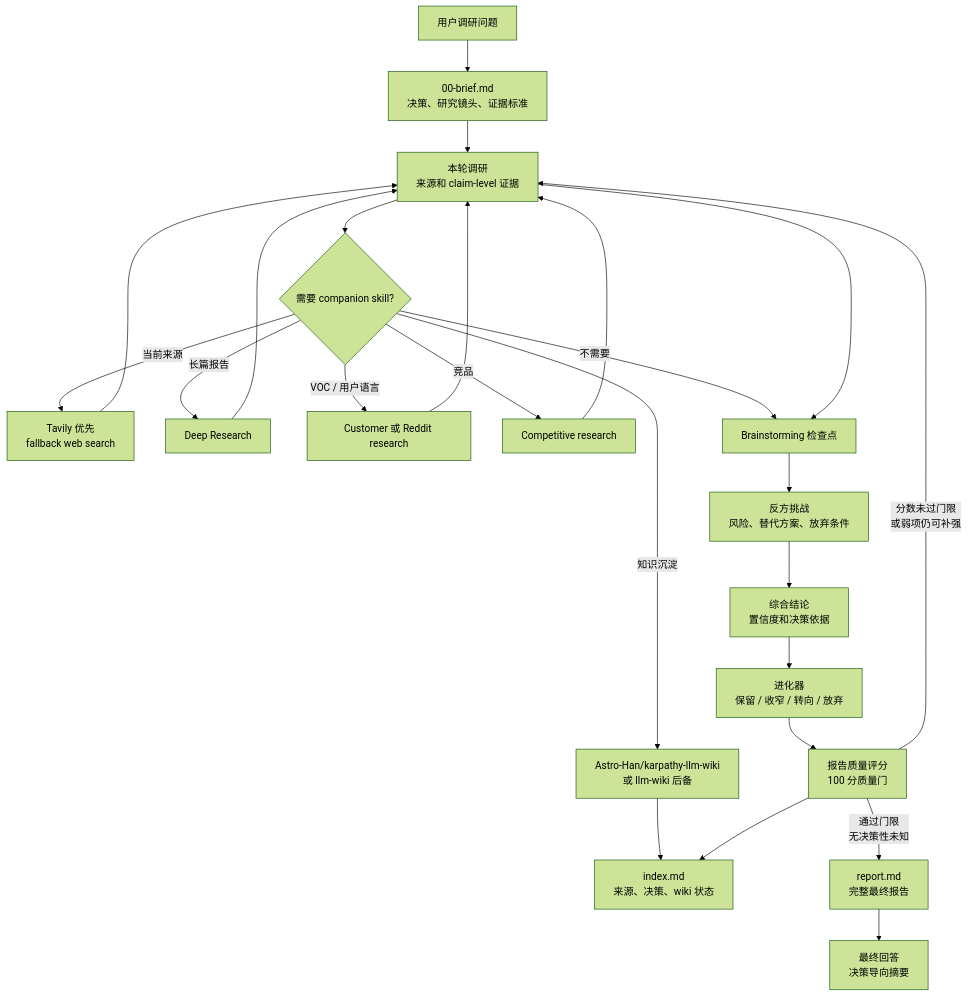
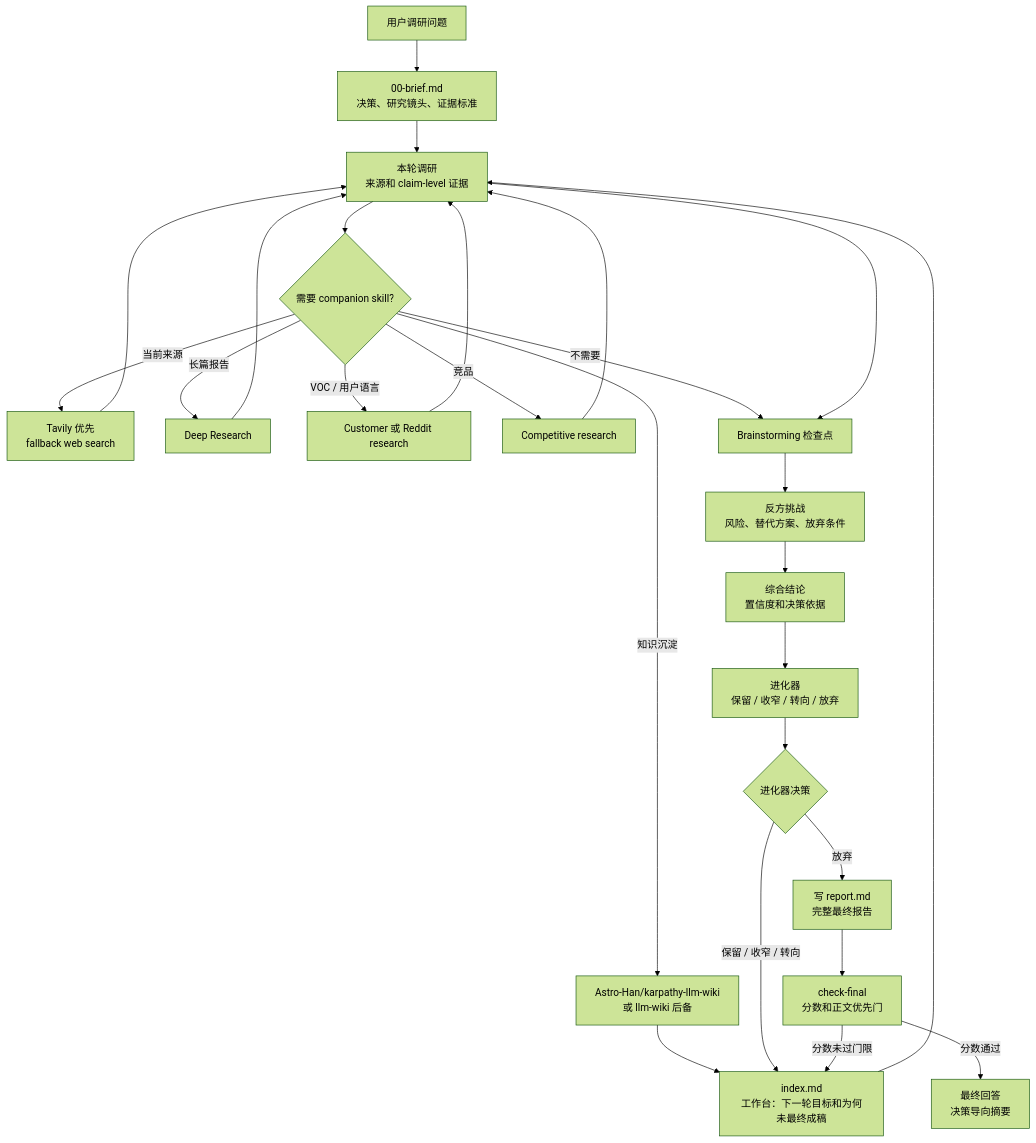
The diagram in README.zh-CN.md (GoatGit/super-survey), drawn with Mermaid (forest theme) before and after one commit. The commit also changed other lines of this file and 5 other files, not shown here.

Commit message:
Make final report a terminal survey artifact

````diff
--- a/README.zh-CN.md
+++ b/README.zh-CN.md
@@ -154,26 +155,28 @@
 ```mermaid
 flowchart TD
     A[用户调研问题] --> B[00-brief.md<br/>决策、研究镜头、证据标准]
     B --> C[本轮调研<br/>来源和 claim-level 证据]
     C --> D{需要 companion skill?}
     D -->|当前来源| D1[Tavily 优先<br/>fallback web search]
     D -->|长篇报告| D2[Deep Research]
     D -->|VOC / 用户语言| D3[Customer 或 Reddit research]
     D -->|竞品| D4[Competitive research]
     D -->|知识沉淀| D5[Astro-Han/karpathy-llm-wiki<br/>或 llm-wiki 后备]
     D -->|不需要| E[Brainstorming 检查点]
     D1 --> C
     D2 --> C
     D3 --> C
     D4 --> C
     D5 --> I[index.md]
     C --> E[Brainstorming 检查点]
     E --> F[反方挑战<br/>风险、替代方案、放弃条件]
     F --> G[综合结论<br/>置信度和决策依据]
     G --> H[进化器<br/>保留 / 收窄 / 转向 / 放弃]
-    H --> Q[报告质量评分<br/>100 分质量门]
-    Q --> I[index.md<br/>来源、决策、wiki 状态]
-    Q -->|分数未过门限<br/>或弱项仍可补强| C
-    Q -->|通过门限<br/>无决策性未知| J[report.md<br/>完整最终报告]
-    J --> K[最终回答<br/>决策导向摘要]
+    H --> Q{进化器决策}
+    Q -->|保留 / 收窄 / 转向| I[index.md<br/>工作台：下一轮目标和为何未最终成稿]
+    I --> C
+    Q -->|放弃| J[写 report.md<br/>完整最终报告]
+    J --> R[check-final<br/>分数和正文优先门]
+    R -->|分数未过门限| I
+    R -->|分数通过| K[最终回答<br/>决策导向摘要]
 ```
````
